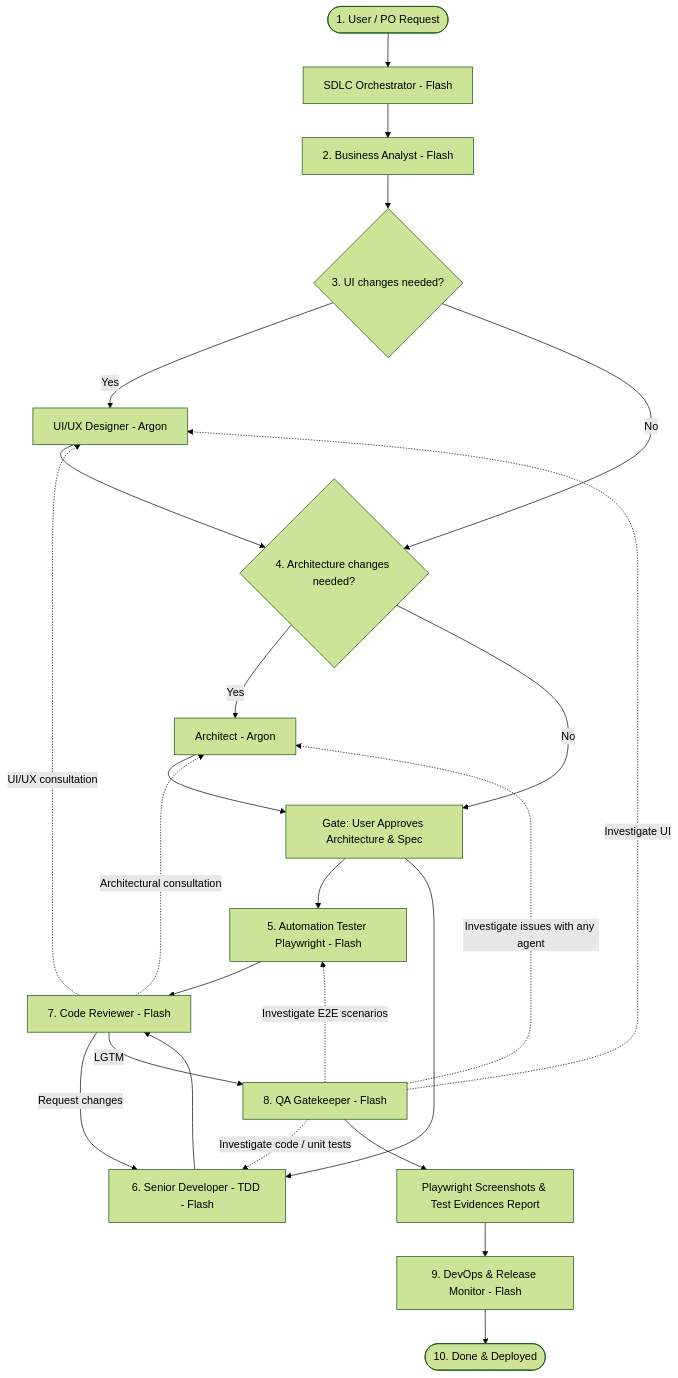
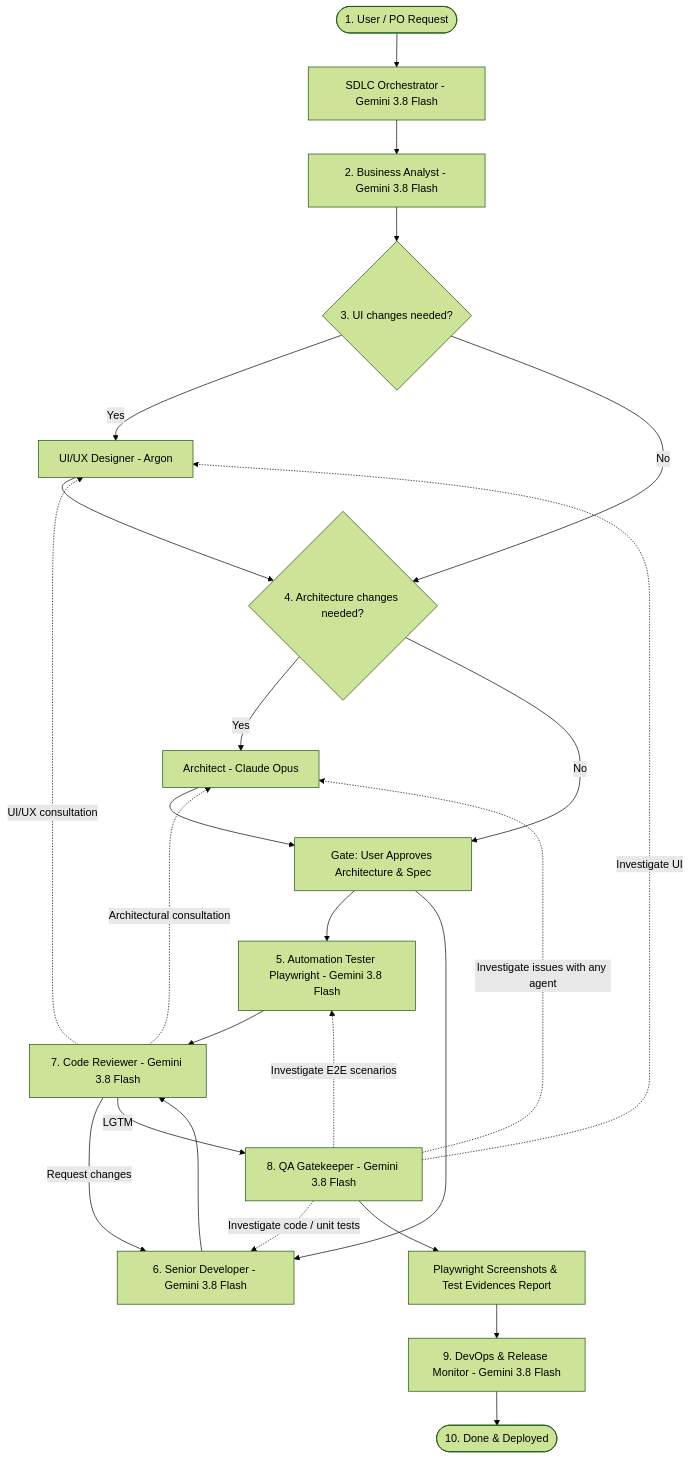
Before and after one commit to AdamBoczula/budget-fort-pwa: the diagram in docs/specs/01-spec-workflow.md, drawn with Mermaid (forest theme). The commit also changed other lines of this file and 73 other files, not shown here.

````diff
--- a/docs/specs/01-spec-workflow.md
+++ b/docs/specs/01-spec-workflow.md
@@ -30,29 +30,29 @@
 ```mermaid
 flowchart TD
-    User([1. User / PO Request]) --> Orch[SDLC Orchestrator - Flash]
-    Orch --> BA[2. Business Analyst - Flash]
+    User([1. User / PO Request]) --> Orch[SDLC Orchestrator - Gemini 3.8 Flash]
+    Orch --> BA[2. Business Analyst - Gemini 3.8 Flash]
     BA --> UXCheck{3. UI changes needed?}
     UXCheck -- Yes --> UX[UI/UX Designer - Argon]
     UXCheck -- No --> ArchCheck{4. Architecture changes needed?}
     UX --> ArchCheck
-    ArchCheck -- Yes --> Arch[Architect - Argon]
+    ArchCheck -- Yes --> Arch[Architect - Claude Opus]
     ArchCheck -- No --> Gate2[Gate: User Approves Architecture & Spec]
     Arch --> Gate2
-    Gate2 --> Tester[5. Automation Tester Playwright - Flash]
-    Gate2 --> Dev[6. Senior Developer - TDD - Flash]
-    Tester --> Reviewer[7. Code Reviewer - Flash]
+    Gate2 --> Tester[5. Automation Tester Playwright - Gemini 3.8 Flash]
+    Gate2 --> Dev[6. Senior Developer - Gemini 3.8 Flash]
+    Tester --> Reviewer[7. Code Reviewer - Gemini 3.8 Flash]
     Dev --> Reviewer
-    
+
     Reviewer -.->|Architectural consultation| Arch
     Reviewer -.->|UI/UX consultation| UX
     Reviewer -->|Request changes| Dev
-    Reviewer -->|LGTM| QA[8. QA Gatekeeper - Flash]
-    
+    Reviewer -->|LGTM| QA[8. QA Gatekeeper - Gemini 3.8 Flash]
+
     QA -.->|Investigate issues with any agent| Arch
     QA -.->|Investigate UI| UX
     QA -.->|Investigate code / unit tests| Dev
     QA -.->|Investigate E2E scenarios| Tester
     QA --> Evidences[Playwright Screenshots & Test Evidences Report]
-    Evidences --> DevOps[9. DevOps & Release Monitor - Flash]
+    Evidences --> DevOps[9. DevOps & Release Monitor - Gemini 3.8 Flash]
     DevOps --> Done([10. Done & Deployed])
 ```
````
